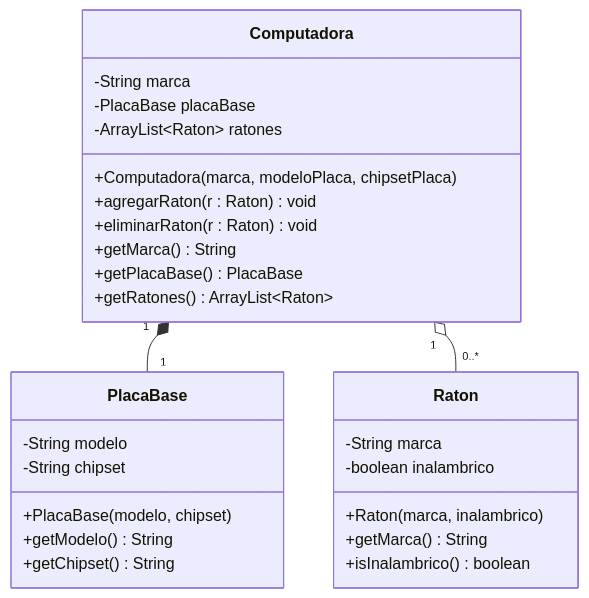
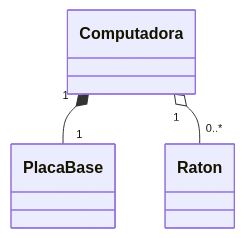
Before and after one commit to juanma98117/6.2.Bateria-de-ejercicios: the diagram in README.md, drawn with Mermaid.

````diff
--- a/README.md
+++ b/README.md
@@ -2,36 +2,20 @@
 ```mermaid
 
 classDiagram
 
 class Computadora {
-    -String marca
-    -PlacaBase placaBase
-    -ArrayList~Raton~ ratones
-    +Computadora(marca, modeloPlaca, chipsetPlaca)
-    +agregarRaton(r : Raton) void
-    +eliminarRaton(r : Raton) void
-    +getMarca() String
-    +getPlacaBase() PlacaBase
-    +getRatones() ArrayList~Raton~
+    
 }
 
 class PlacaBase {
-    -String modelo
-    -String chipset
-    +PlacaBase(modelo, chipset)
-    +getModelo() String
-    +getChipset() String
+   
 }
 
 class Raton {
-    -String marca
-    -boolean inalambrico
-    +Raton(marca, inalambrico)
-    +getMarca() String
-    +isInalambrico() boolean
+   
 }
 
 Computadora "1" *-- "1" PlacaBase
 Computadora "1" o-- "0..*" Raton
 
 ```
````
